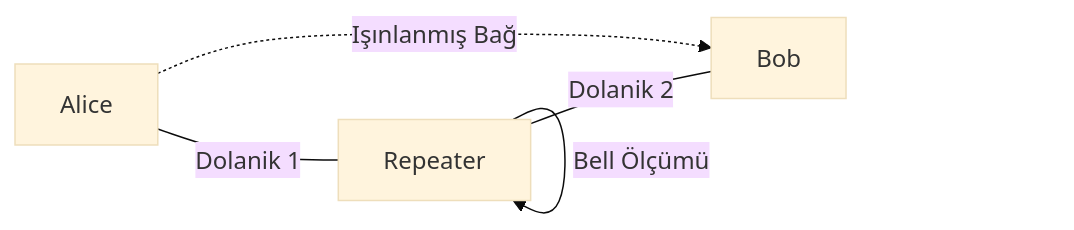
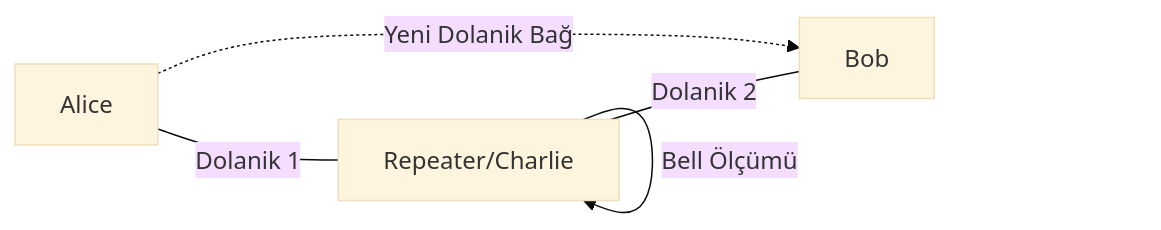
Before and after one commit to arch-yunus/Kuantum-Gecidi: the second of 2 diagrams in README.md, drawn with Mermaid (base theme). The commit also changed other lines of this file and 2 other files, not shown here.

````diff
--- a/README.md
+++ b/README.md
@@ -131,7 +141,7 @@
 ```mermaid
 graph LR
-    A[Alice] ---|Dolanik 1| R[Repeater]
+    A[Alice] ---|Dolanik 1| R[Repeater/Charlie]
     R ---|Dolanik 2| B[Bob]
     R -->|Bell Ölçümü| R
-    A -.->|Işınlanmış Bağ| B
+    A -.->|Yeni Dolanik Bağ| B
 ```
````
